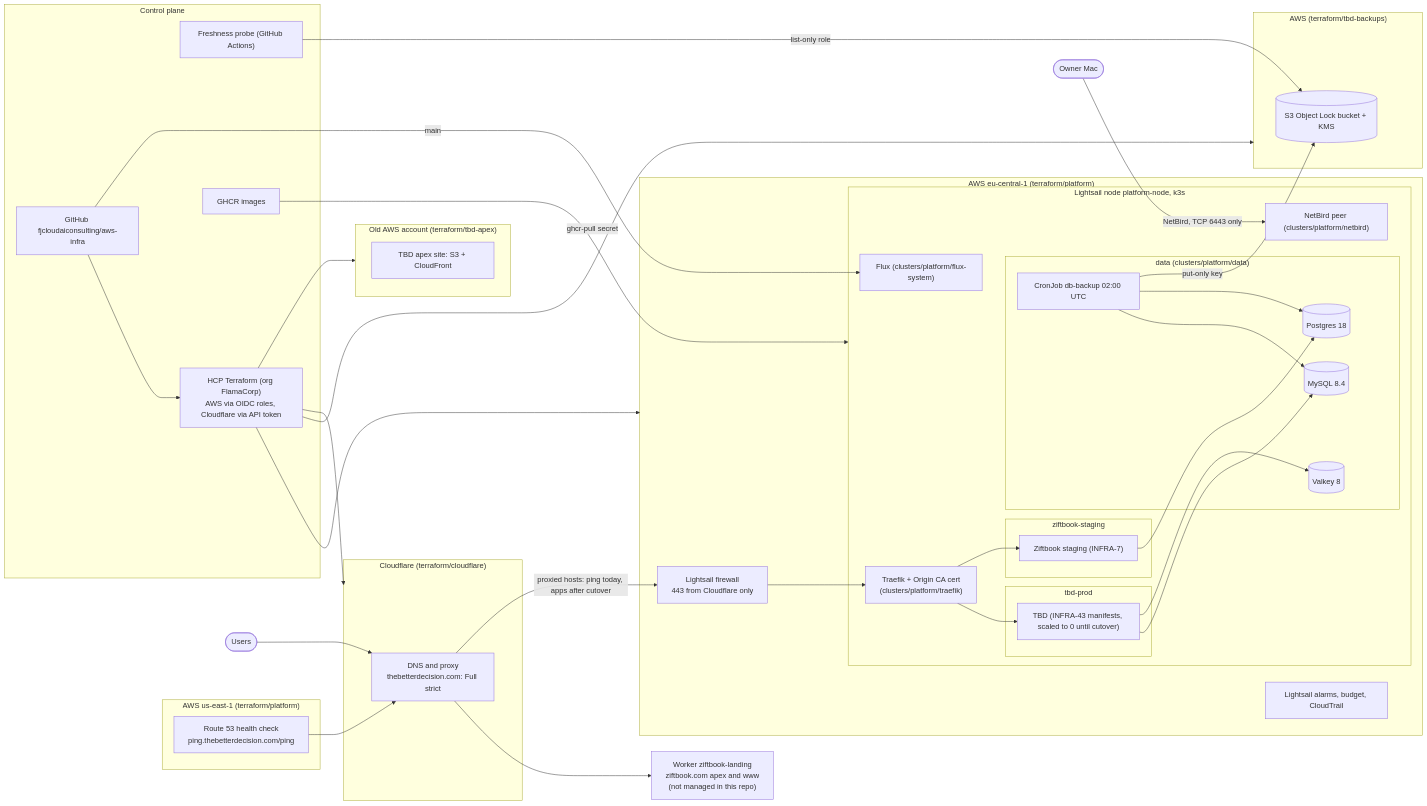
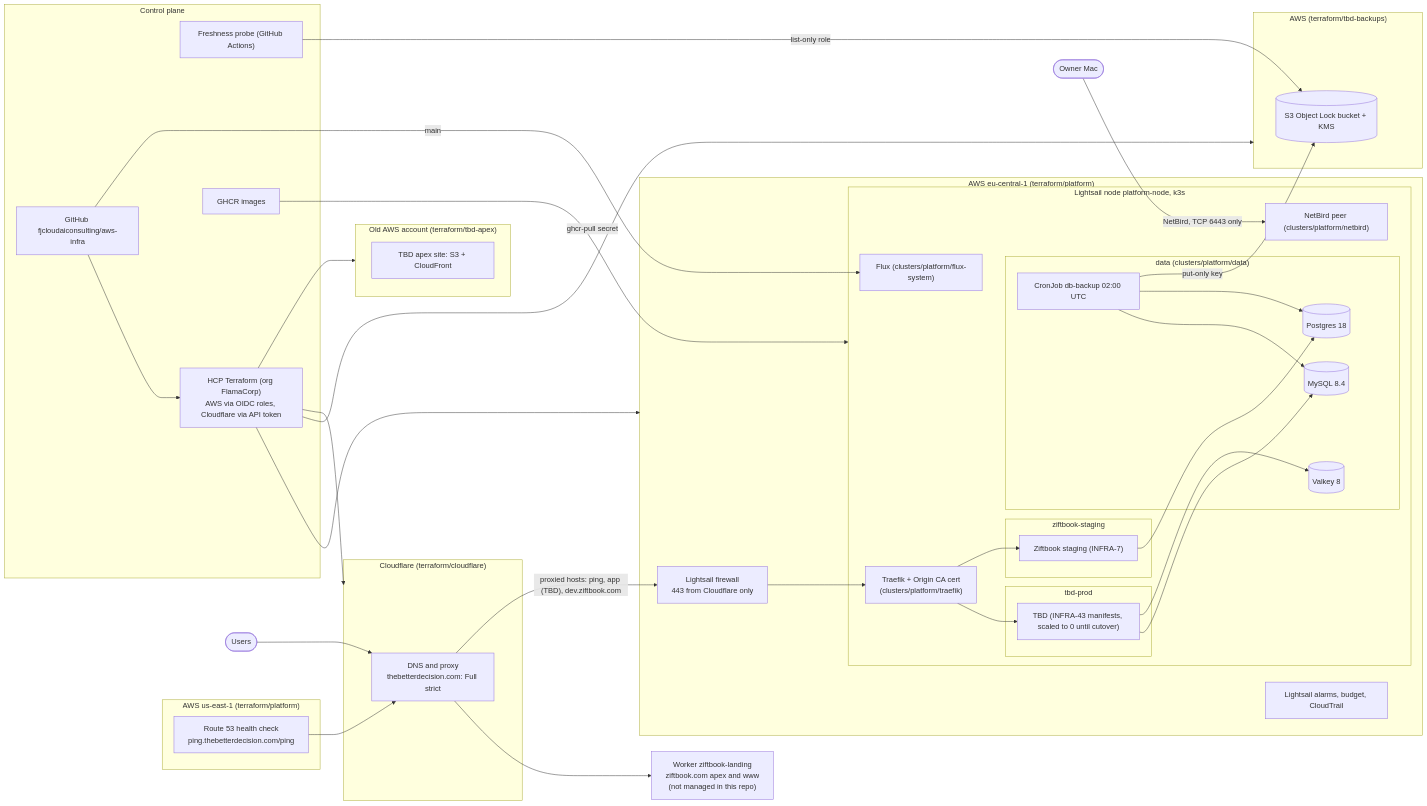
Before and after one commit to fjcloudaiconsulting/aws-infra: the diagram in docs/architecture.md, drawn with Mermaid. The commit also changed other lines of this file and 3 other files, not shown here.

First line of the commit message:
feat(cloudflare): app.thebetterdecision.com proxied to the k3s node, scheduler on (INFRA-48)

````diff
--- a/docs/architecture.md
+++ b/docs/architecture.md
@@ -7,63 +7,63 @@
 ```mermaid
 flowchart LR
   user([Users]) --> cf
 
   subgraph cloudflare["Cloudflare (terraform/cloudflare)"]
     cf["DNS and proxy<br/>thebetterdecision.com: Full strict"]
   end
   worker["Worker ziftbook-landing<br/>ziftbook.com apex and www<br/>(not managed in this repo)"]
   cf --> worker
 
   subgraph aws_platform["AWS eu-central-1 (terraform/platform)"]
     fw["Lightsail firewall<br/>443 from Cloudflare only"]
     subgraph node["Lightsail node platform-node, k3s"]
       traefik["Traefik + Origin CA cert<br/>(clusters/platform/traefik)"]
       subgraph ns_tbd["tbd-prod"]
         tbdapp["TBD (INFRA-43 manifests, scaled to 0 until cutover)"]
       end
       subgraph ns_zif["ziftbook-staging"]
         zifapp["Ziftbook staging (INFRA-7)"]
       end
       subgraph ns_data["data (clusters/platform/data)"]
         mysql[("MySQL 8.4")]
         postgres[("Postgres 18")]
         valkey[("Valkey 8")]
         backup["CronJob db-backup 02:00 UTC"]
       end
       flux["Flux (clusters/platform/flux-system)"]
       netbird["NetBird peer (clusters/platform/netbird)"]
     end
     alarms["Lightsail alarms, budget, CloudTrail"]
   end
-  cf -->|"proxied hosts: ping today, apps after cutover"| fw --> traefik
+  cf -->|"proxied hosts: ping, app (TBD), dev.ziftbook.com"| fw --> traefik
   traefik --> tbdapp & zifapp
   tbdapp --> mysql & valkey
   zifapp --> postgres
   backup --> mysql & postgres
 
   subgraph aws_backups["AWS (terraform/tbd-backups)"]
     bucket[("S3 Object Lock bucket + KMS")]
   end
   backup -->|"put-only key"| bucket
   probe -->|"list-only role"| bucket
 
   subgraph useast["AWS us-east-1 (terraform/platform)"]
     hc["Route 53 health check<br/>ping.thebetterdecision.com/ping"]
   end
   hc --> cf
 
   subgraph oldacct["Old AWS account (terraform/tbd-apex)"]
     apex["TBD apex site: S3 + CloudFront"]
   end
 
   subgraph control["Control plane"]
     gh["GitHub fjcloudaiconsulting/aws-infra"]
     tfc["HCP Terraform (org FlamaCorp)<br/>AWS via OIDC roles, Cloudflare via API token"]
     ghcr["GHCR images"]
     probe["Freshness probe (GitHub Actions)"]
   end
   gh --> tfc --> aws_platform & aws_backups & cloudflare & oldacct
   gh -->|"main"| flux
   ghcr -->|"ghcr-pull secret"| node
   owner([Owner Mac]) -->|"NetBird, TCP 6443 only"| netbird
 ```
````
